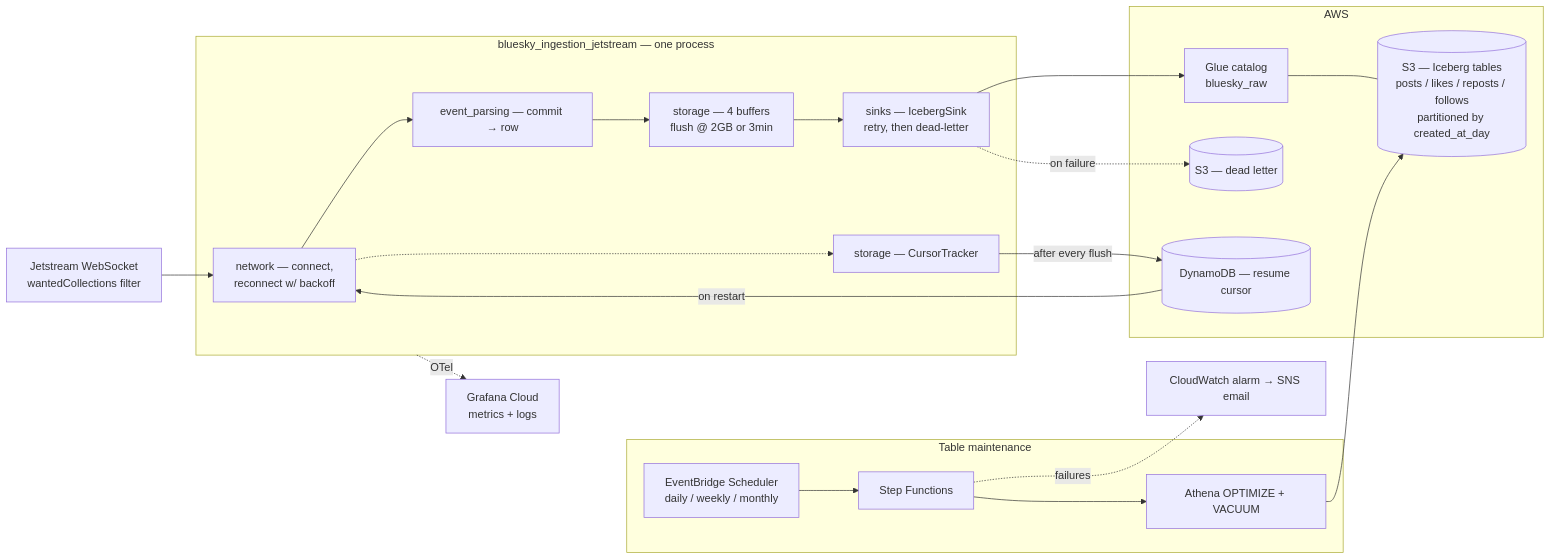
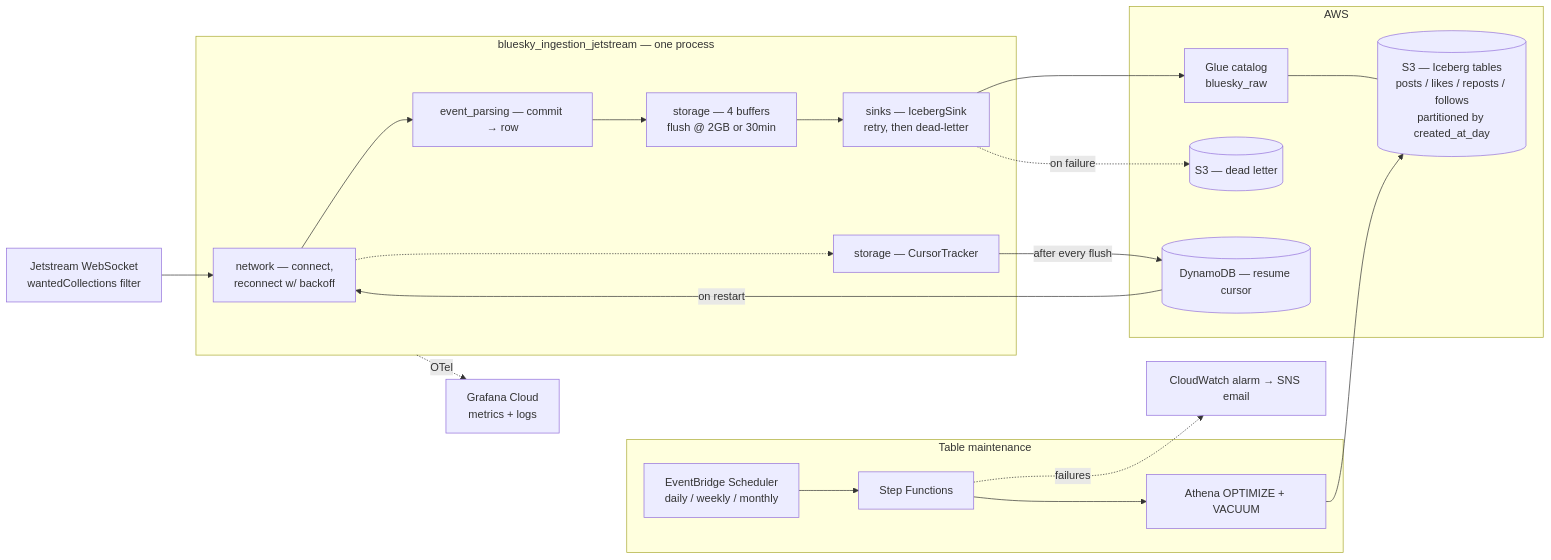
The diagram in README.md (METResearchGroup/lab_data_integrations_interface), drawn with Mermaid before and after one commit. The commit also changed other lines of this file, not shown here.

Commit message:
flush interval to 30 minutes not 3 minutes

````diff
--- a/README.md
+++ b/README.md
@@ -11,38 +11,38 @@
 ```mermaid
 flowchart LR
   JS[Jetstream WebSocket<br/>wantedCollections filter]
 
   subgraph Process["bluesky_ingestion_jetstream — one process"]
     Net[network — connect,<br/>reconnect w/ backoff]
     Parse[event_parsing — commit → row]
-    Buf[storage — 4 buffers<br/>flush @ 2GB or 3min]
+    Buf[storage — 4 buffers<br/>flush @ 2GB or 30min]
     Sink[sinks — IcebergSink<br/>retry, then dead-letter]
     Cur[storage — CursorTracker]
     Net --> Parse --> Buf --> Sink
     Net -.-> Cur
   end
 
   subgraph AWS
     Glue[Glue catalog<br/>bluesky_raw]
     S3[(S3 — Iceberg tables<br/>posts / likes / reposts / follows<br/>partitioned by created_at_day)]
     DL[(S3 — dead letter)]
     DDB[(DynamoDB — resume cursor)]
     Glue --- S3
   end
 
   subgraph Maintenance["Table maintenance"]
     Sched[EventBridge Scheduler<br/>daily / weekly / monthly]
     SFN[Step Functions]
     Ath[Athena OPTIMIZE + VACUUM]
     Sched --> SFN --> Ath
   end
 
   JS --> Net
   Sink --> Glue
   Sink -. on failure .-> DL
   Cur -- after every flush --> DDB
   DDB -- on restart --> Net
   Ath --> S3
   SFN -. failures .-> Alarm[CloudWatch alarm → SNS email]
   Process -. OTel .-> Graf[Grafana Cloud<br/>metrics + logs]
 ```
````
